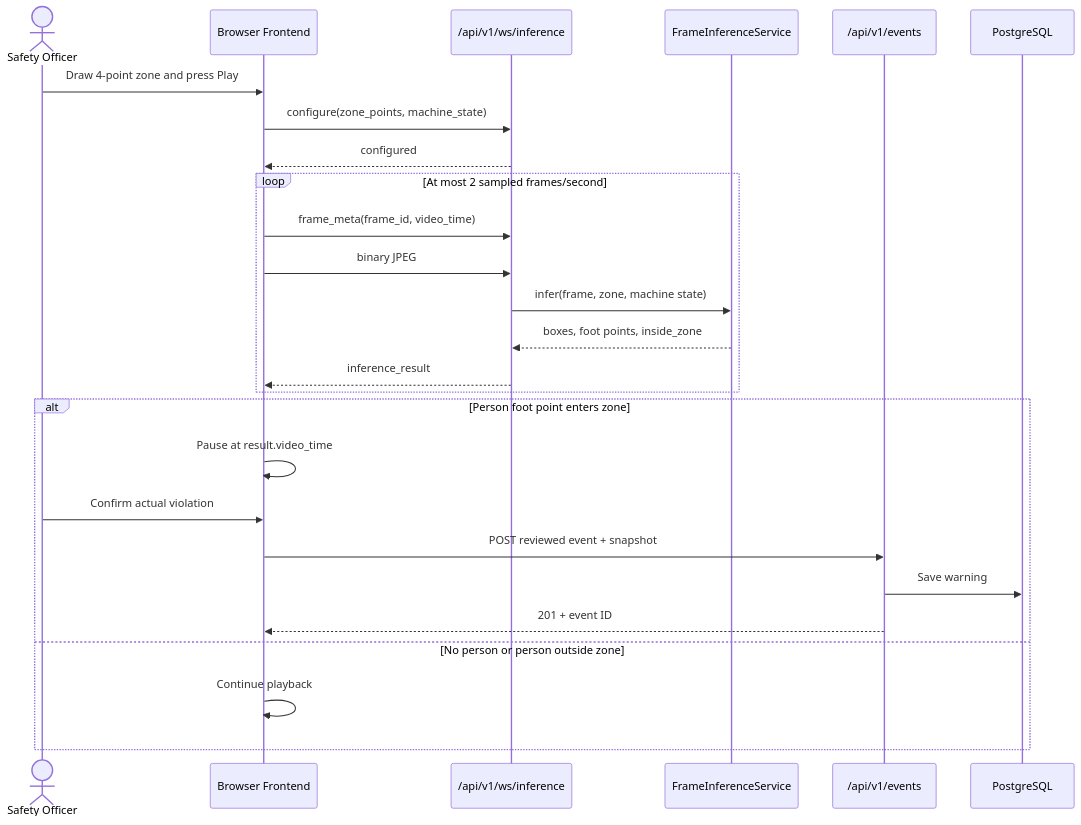
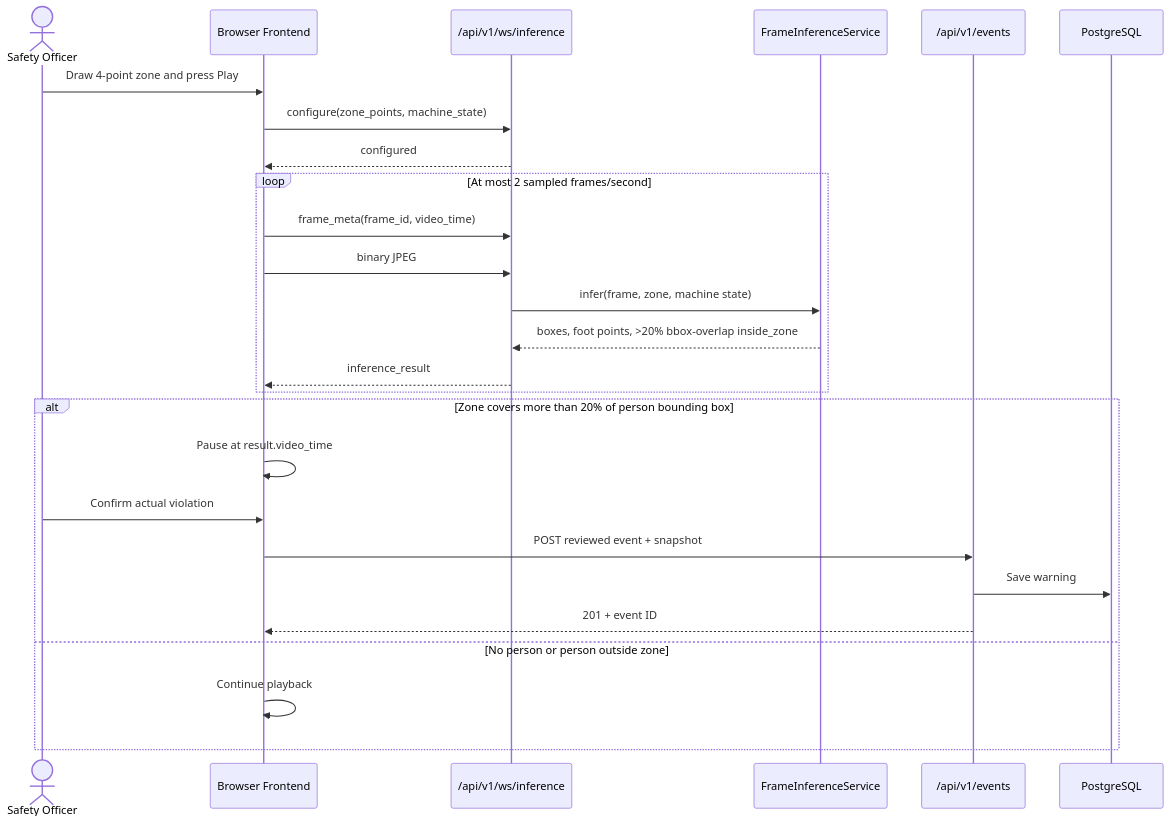
One commit to NguyenNhat4/Sentiel-safety-intelligent changed the first of 2 diagrams in backend/README.md. Above: the diagram before and after it, drawn with Mermaid. The commit also changed other lines of this file and 10 other files, not shown here.

````diff
--- a/backend/README.md
+++ b/backend/README.md
@@ -68,29 +68,29 @@
 ```mermaid
 sequenceDiagram
     actor Officer as Safety Officer
     participant UI as Browser Frontend
     participant WS as /api/v1/ws/inference
     participant CV as FrameInferenceService
     participant Events as /api/v1/events
     participant DB as PostgreSQL
 
     Officer->>UI: Draw 4-point zone and press Play
     UI->>WS: configure(zone_points, machine_state)
     WS-->>UI: configured
     loop At most 2 sampled frames/second
         UI->>WS: frame_meta(frame_id, video_time)
         UI->>WS: binary JPEG
         WS->>CV: infer(frame, zone, machine state)
-        CV-->>WS: boxes, foot points, inside_zone
+        CV-->>WS: boxes, foot points, >20% bbox-overlap inside_zone
         WS-->>UI: inference_result
     end
-    alt Person foot point enters zone
+    alt Zone covers more than 20% of person bounding box
         UI->>UI: Pause at result.video_time
         Officer->>UI: Confirm actual violation
         UI->>Events: POST reviewed event + snapshot
         Events->>DB: Save warning
         Events-->>UI: 201 + event ID
     else No person or person outside zone
         UI->>UI: Continue playback
     end
 ```
````
